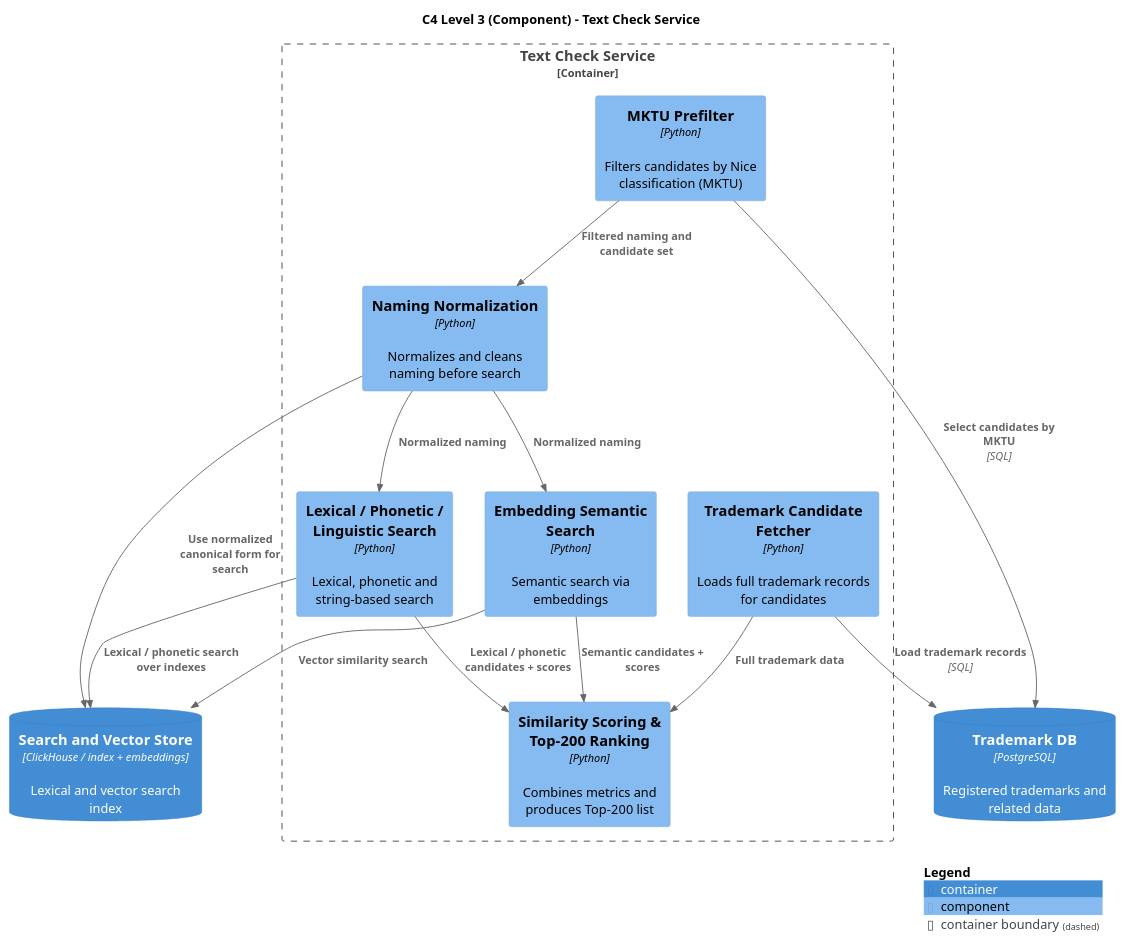
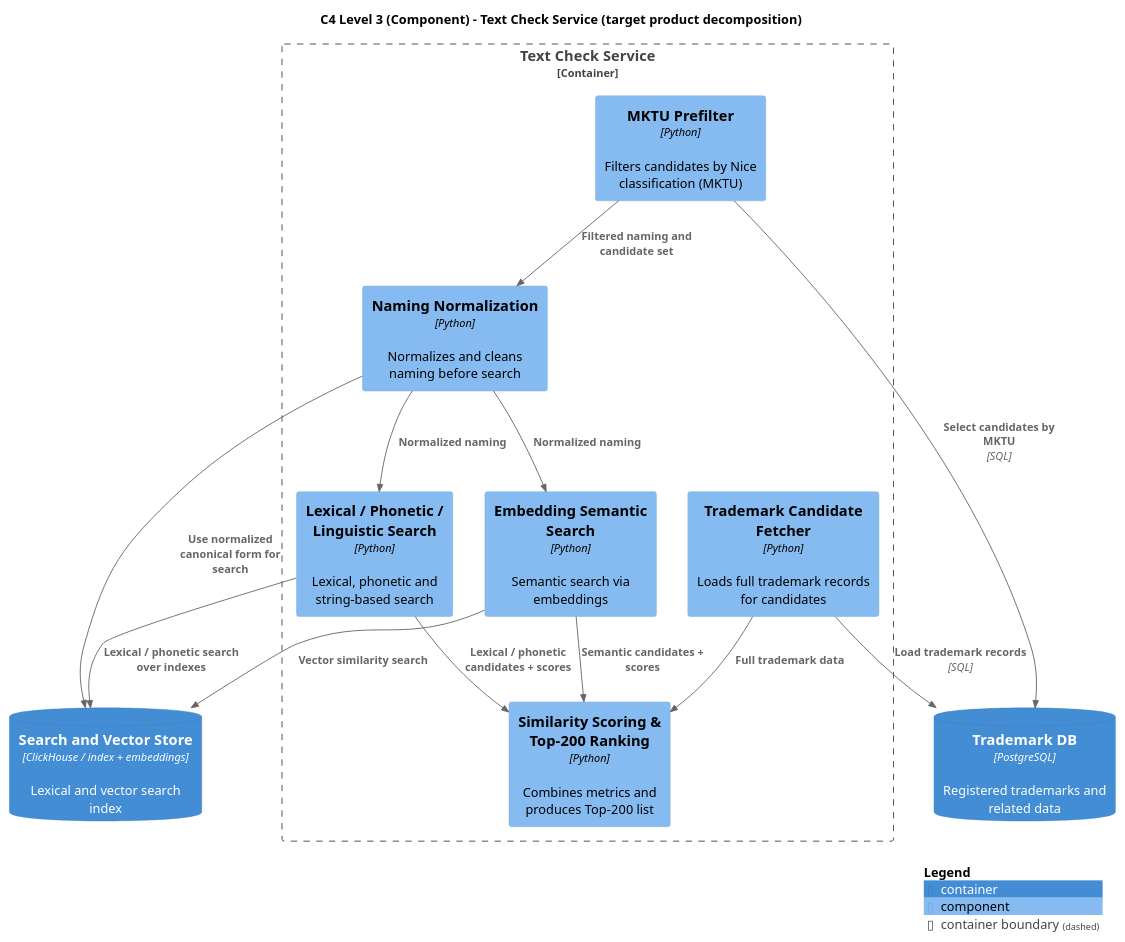
Before and after one commit to Naming-Checker/System-Analysis: the diagram in diagrams/architecture/puml/naming_check_c4_component_text_check_service.puml, drawn with PlantUML. The commit also changed 20 other files, not shown here.

```diff
--- a/diagrams/architecture/puml/naming_check_c4_component_text_check_service.puml
+++ b/diagrams/architecture/puml/naming_check_c4_component_text_check_service.puml
@@ -1,39 +1,39 @@
 @startuml NamingCheck_Text_Check_Service_Components
-title C4 Level 3 (Component) - Text Check Service
+title C4 Level 3 (Component) - Text Check Service (target product decomposition)
 
 !include <C4/C4_Component>
 
 LAYOUT_TOP_DOWN()
 
 Container_Boundary(text_service_boundary, "Text Check Service") {
   Component(mktu_prefilter, "MKTU Prefilter", "Python", "Filters candidates by Nice classification (MKTU)")
   Component(naming_normalization, "Naming Normalization", "Python", "Normalizes and cleans naming before search")
   Component(embedding_search, "Embedding Semantic Search", "Python", "Semantic search via embeddings")
   Component(lexical_phonetic_search, "Lexical / Phonetic / Linguistic Search", "Python", "Lexical, phonetic and string-based search")
   Component(trademark_candidate_fetcher, "Trademark Candidate Fetcher", "Python", "Loads full trademark records for candidates")
   Component(similarity_scoring, "Similarity Scoring & Top-200 Ranking", "Python", "Combines metrics and produces Top-200 list")
 }
 
 ContainerDb(trademark_db, "Trademark DB", "PostgreSQL", "Registered trademarks and related data")
 ContainerDb(search_store, "Search and Vector Store", "ClickHouse / index + embeddings", "Lexical and vector search index")
 
 Rel_Down(mktu_prefilter, trademark_db, "Select candidates by MKTU", "SQL")
 
 Rel_Down(naming_normalization, search_store, "Use normalized canonical form for search")
 
 Rel_Down(embedding_search, search_store, "Vector similarity search")
 Rel_Down(lexical_phonetic_search, search_store, "Lexical / phonetic search over indexes")
 
 Rel_Down(trademark_candidate_fetcher, trademark_db, "Load trademark records", "SQL")
 
 Rel_Down(mktu_prefilter, naming_normalization, "Filtered naming and candidate set")
 Rel_Down(naming_normalization, embedding_search, "Normalized naming")
 Rel_Down(naming_normalization, lexical_phonetic_search, "Normalized naming")
 
 Rel_Down(embedding_search, similarity_scoring, "Semantic candidates + scores")
 Rel_Down(lexical_phonetic_search, similarity_scoring, "Lexical / phonetic candidates + scores")
 Rel_Down(trademark_candidate_fetcher, similarity_scoring, "Full trademark data")
 
 SHOW_LEGEND()
 
 @enduml
```
